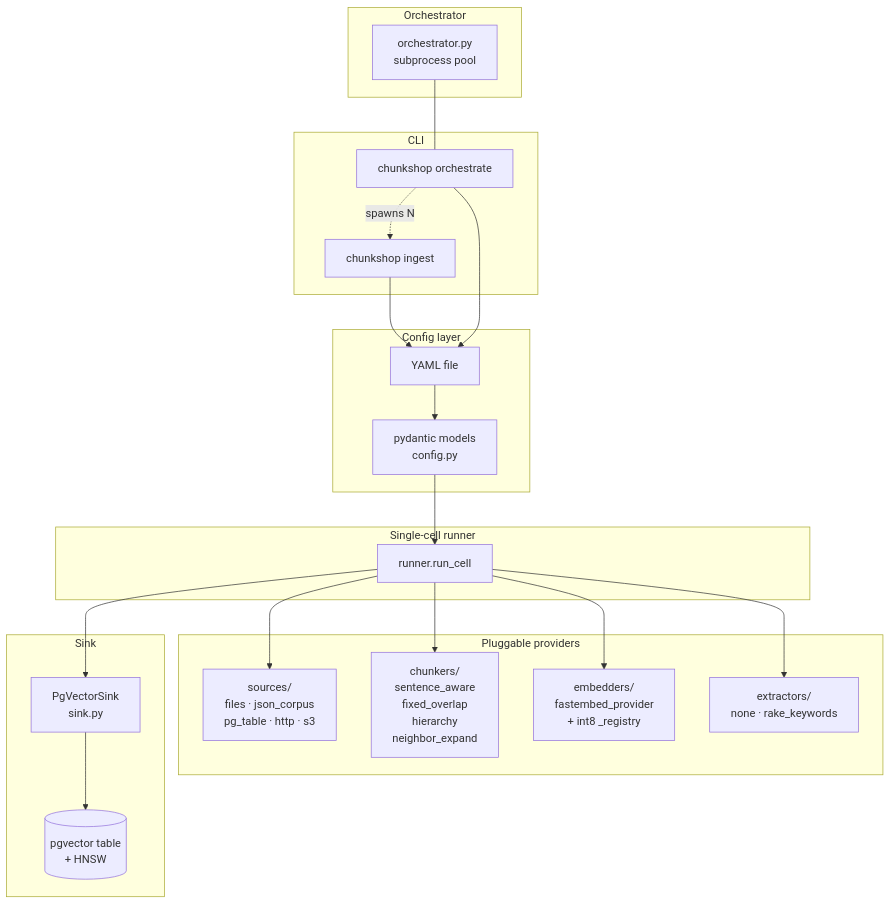
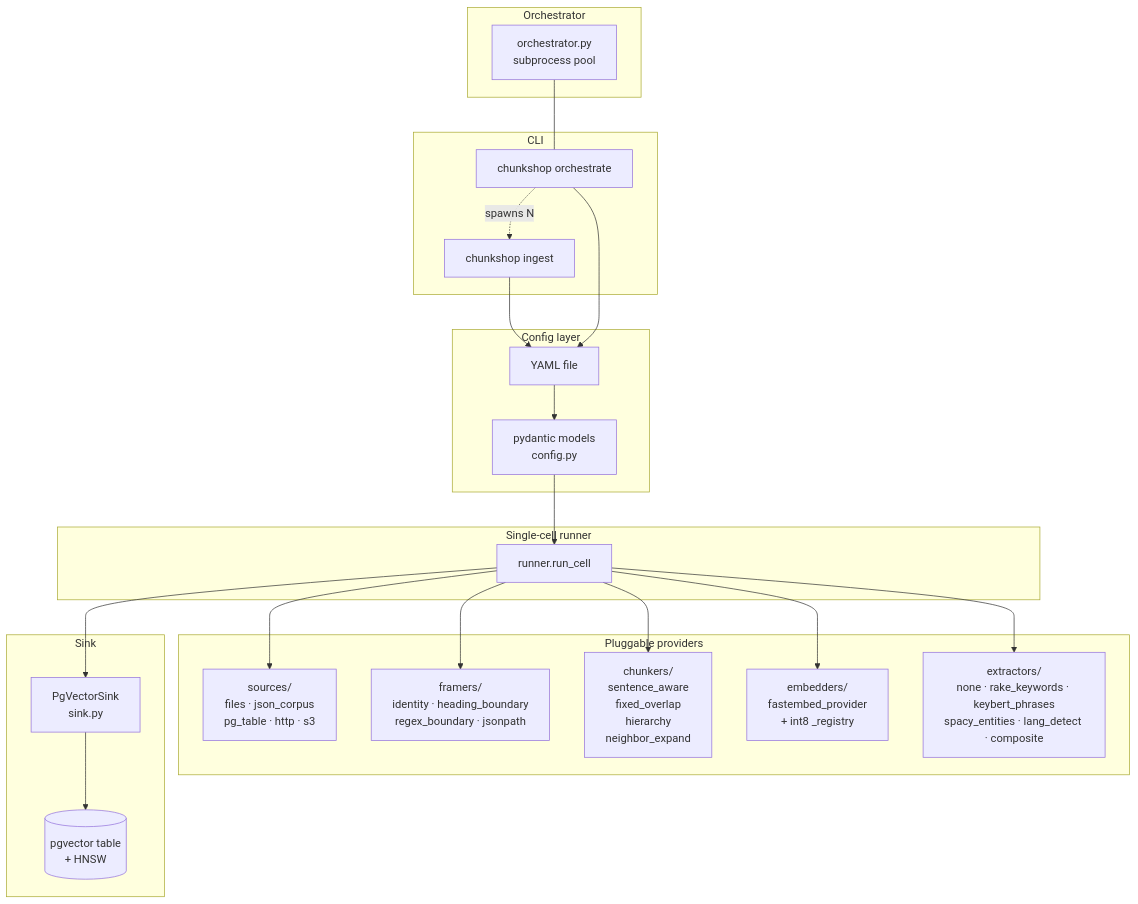
One commit to yonk-labs/chunkshop changed the first of 4 diagrams in docs/architecture.md. Above: the diagram before and after it, drawn with Mermaid. The commit also changed other lines of this file and 4 other files, not shown here.

````diff
--- a/docs/architecture.md
+++ b/docs/architecture.md
@@ -14,45 +14,47 @@
 ```mermaid
 flowchart TB
     subgraph cli[CLI]
       I[chunkshop ingest]
       O[chunkshop orchestrate]
     end
 
     subgraph config[Config layer]
       Y[YAML file]
       P[pydantic models<br/>config.py]
     end
 
     subgraph runner[Single-cell runner]
       R[runner.run_cell]
     end
 
     subgraph providers[Pluggable providers]
       SRC[sources/<br/>files · json_corpus<br/>pg_table · http · s3]
+      FRM[framers/<br/>identity · heading_boundary<br/>regex_boundary · jsonpath]
       CHK[chunkers/<br/>sentence_aware<br/>fixed_overlap<br/>hierarchy<br/>neighbor_expand]
       EMB[embedders/<br/>fastembed_provider<br/>+ int8 _registry]
-      EXT[extractors/<br/>none · rake_keywords]
+      EXT[extractors/<br/>none · rake_keywords · keybert_phrases<br/>spacy_entities · lang_detect · composite]
     end
 
     subgraph sink[Sink]
       SK[PgVectorSink<br/>sink.py]
       DB[(pgvector table<br/>+ HNSW)]
     end
 
     subgraph orch[Orchestrator]
       OR[orchestrator.py<br/>subprocess pool]
     end
 
     I --> Y
     O --> Y
     Y --> P
     P --> R
     R --> SRC
+    R --> FRM
     R --> CHK
     R --> EMB
     R --> EXT
     R --> SK
     SK --> DB
     O -.spawns N.-> I
     OR --- O
 ```
````
